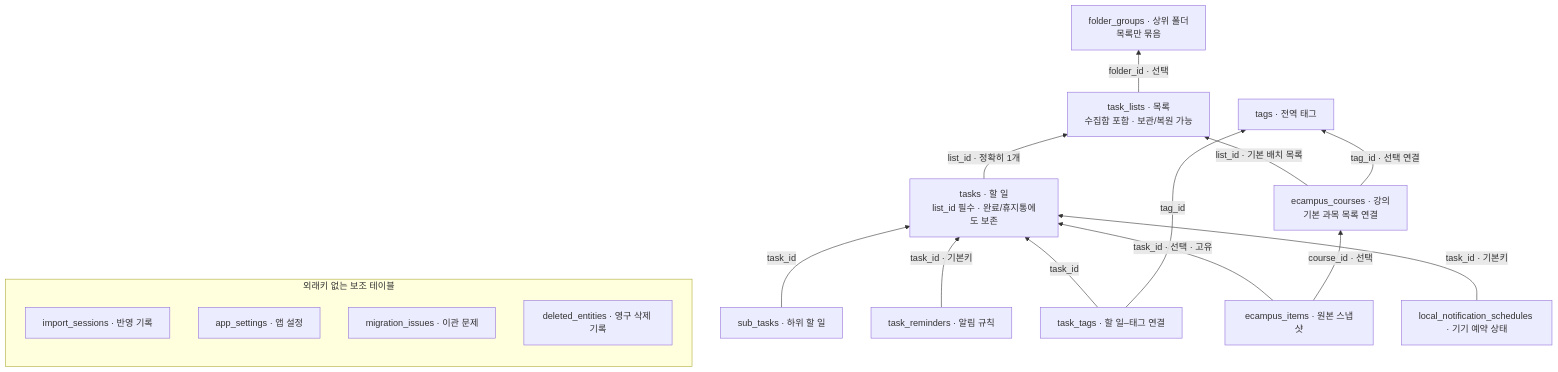
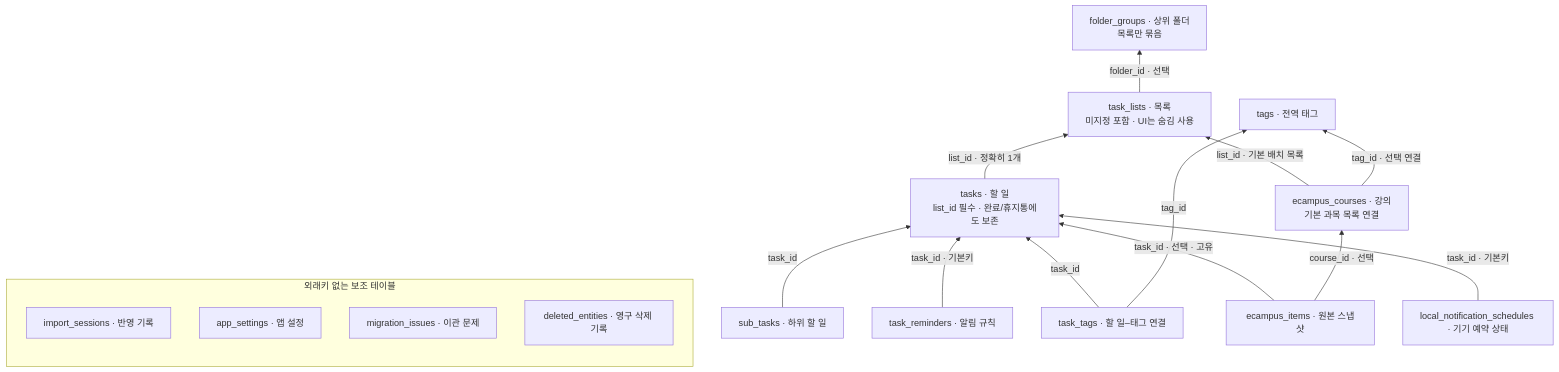
One commit to GIRIBUIN/KU_GRADUATION_PROJECT changed the diagram in docs/diagrams/db-v7.mmd. Above: the diagram before and after it, drawn with Mermaid. The commit also changed 32 other files, not shown here.

```diff
--- a/docs/diagrams/db-v7.mmd
+++ b/docs/diagrams/db-v7.mmd
@@ -1,29 +1,29 @@
 %% Flutter DB v7: arrows point from FK owner to referenced table.
 flowchart BT
     Tasks["tasks · 할 일<br/>list_id 필수 · 완료/휴지통에도 보존"]
-    Lists["task_lists · 목록<br/>수집함 포함 · 보관/복원 가능"]
+    Lists["task_lists · 목록<br/>미지정 포함 · UI는 숨김 사용"]
     Groups["folder_groups · 상위 폴더<br/>목록만 묶음"]
     Subs["sub_tasks · 하위 할 일"]
     Tags["tags · 전역 태그"]
     Links["task_tags · 할 일–태그 연결"]
     Items["ecampus_items · 원본 스냅샷"]
     Courses["ecampus_courses · 강의<br/>기본 과목 목록 연결"]
     Reminders["task_reminders · 알림 규칙"]
     Schedules["local_notification_schedules · 기기 예약 상태"]
     Tasks -->|"list_id · 정확히 1개"| Lists
     Lists -->|"folder_id · 선택"| Groups
     Subs -->|"task_id"| Tasks
     Links -->|"task_id"| Tasks
     Links -->|"tag_id"| Tags
     Items -->|"task_id · 선택 · 고유"| Tasks
     Items -->|"course_id · 선택"| Courses
     Courses -->|"list_id · 기본 배치 목록"| Lists
     Courses -->|"tag_id · 선택 연결"| Tags
     Reminders -->|"task_id · 기본키"| Tasks
     Schedules -->|"task_id · 기본키"| Tasks
     subgraph Independent["외래키 없는 보조 테이블"]
         Sessions["import_sessions · 반영 기록"]
         Settings["app_settings · 앱 설정"]
         Issues["migration_issues · 이관 문제"]
         Deleted["deleted_entities · 영구 삭제 기록"]
     end
```
